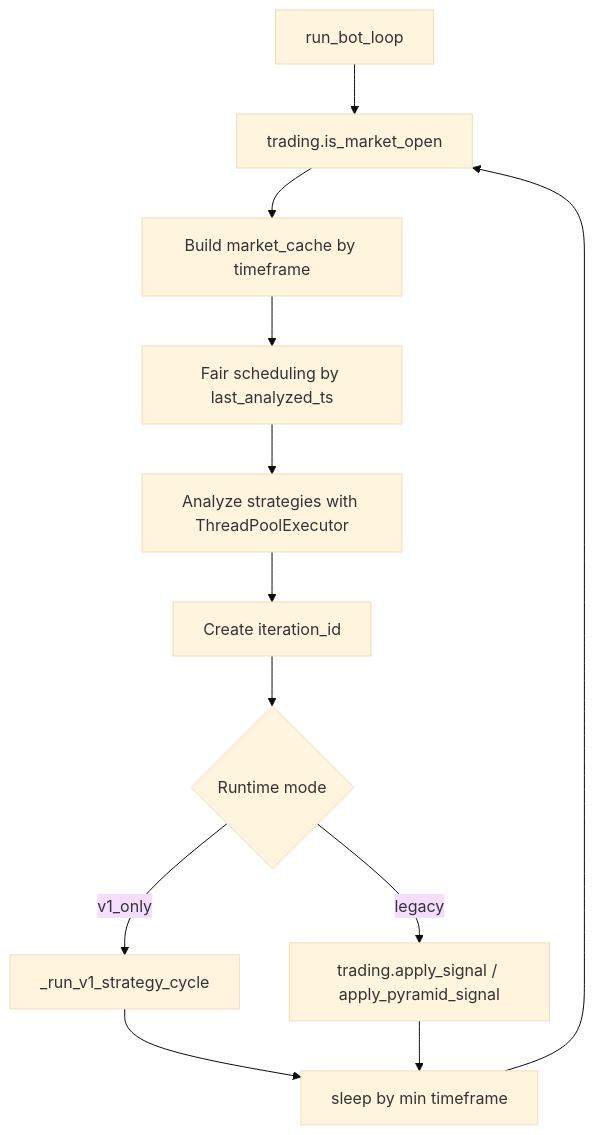
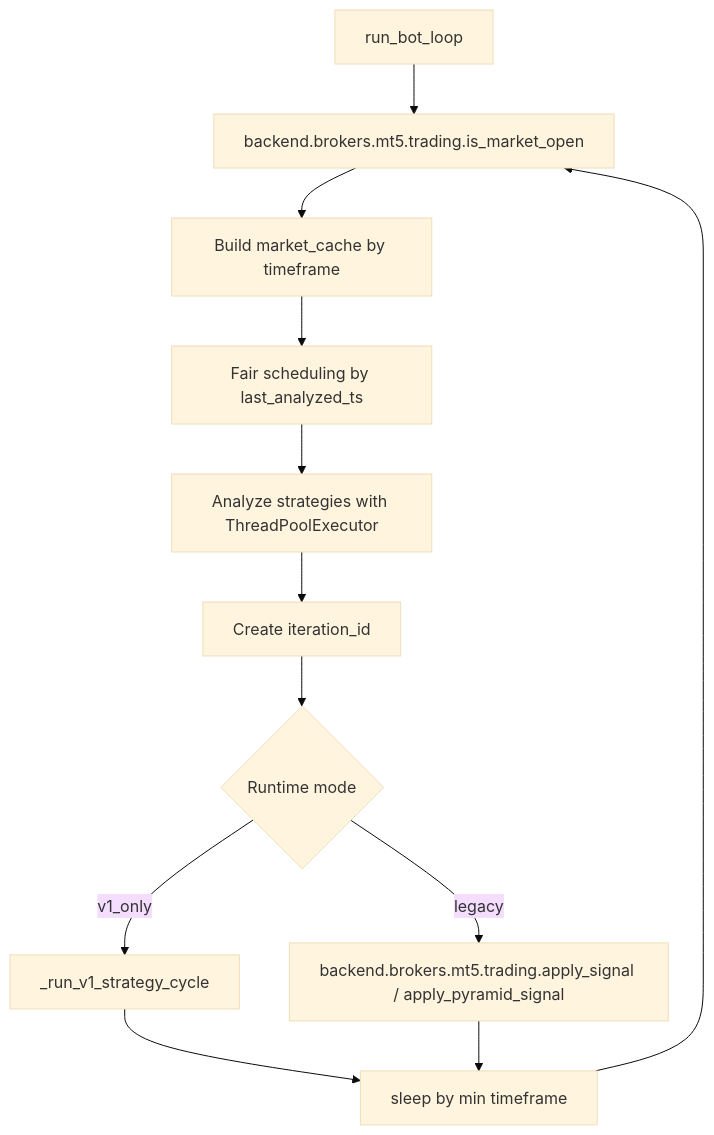
The diagram in docs/DocsTradingSystemObsidian/design/live-runtime.md (aloantony/strategy-forge), drawn with Mermaid (base theme) before and after one commit. The commit also changed other lines of this file and 10 other files, not shown here.

First line of the commit message:
docs: arreglar el diagrama roto y las referencias de modulo obsoletas

````diff
--- a/docs/DocsTradingSystemObsidian/design/live-runtime.md
+++ b/docs/DocsTradingSystemObsidian/design/live-runtime.md
@@ -32,14 +32,14 @@
 ```mermaid
 flowchart TD
-  Start["run_bot_loop"] --> Market["trading.is_market_open"]
+  Start["run_bot_loop"] --> Market["backend.brokers.mt5.trading.is_market_open"]
   Market --> Frames["Build market_cache by timeframe"]
   Frames --> Schedule["Fair scheduling by last_analyzed_ts"]
   Schedule --> Analyze["Analyze strategies with ThreadPoolExecutor"]
   Analyze --> Iteration["Create iteration_id"]
   Iteration --> Mode{"Runtime mode"}
   Mode -->|v1_only| V1["_run_v1_strategy_cycle"]
-  Mode -->|legacy| Legacy["trading.apply_signal / apply_pyramid_signal"]
+  Mode -->|legacy| Legacy["backend.brokers.mt5.trading.apply_signal / apply_pyramid_signal"]
   V1 --> Sleep["sleep by min timeframe"]
   Legacy --> Sleep
   Sleep --> Market
 ```
````
